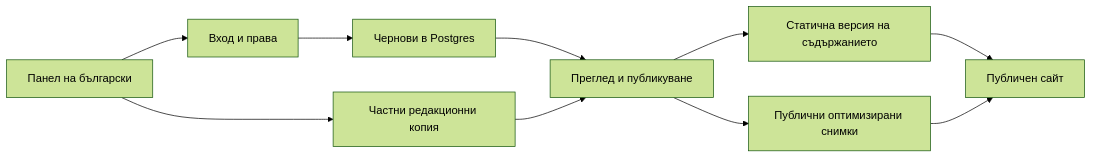
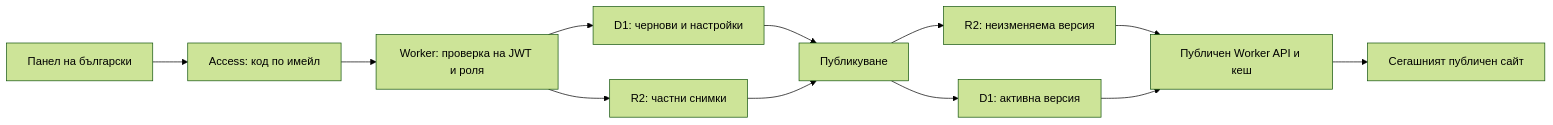
The diagram in docs/CMS-PLAN.md (danielgylybov/trunche-web), drawn with Mermaid (forest theme) before and after one commit. The commit also changed other lines of this file, not shown here.

Commit message:
Select Cloudflare Workers, D1, R2 and Access for the admin architecture

````diff
--- a/docs/CMS-PLAN.md
+++ b/docs/CMS-PLAN.md
@@ -71,12 +72,14 @@
 ```mermaid
 flowchart LR
-    A[Панел на български] --> B[Вход и права]
-    B --> C[Чернови в Postgres]
-    A --> D[Частни редакционни копия]
-    C --> E[Преглед и публикуване]
-    D --> E
-    E --> F[Статична версия на съдържанието]
-    E --> G[Публични оптимизирани снимки]
-    F --> H[Публичен сайт]
-    G --> H
+    A[Панел на български] --> B[Access: код по имейл]
+    B --> C[Worker: проверка на JWT и роля]
+    C --> D[D1: чернови и настройки]
+    C --> E[R2: частни снимки]
+    D --> F[Публикуване]
+    E --> F
+    F --> G[R2: неизменяема версия]
+    F --> H[D1: активна версия]
+    G --> I[Публичен Worker API и кеш]
+    H --> I
+    I --> J[Сегашният публичен сайт]
 ```
````
